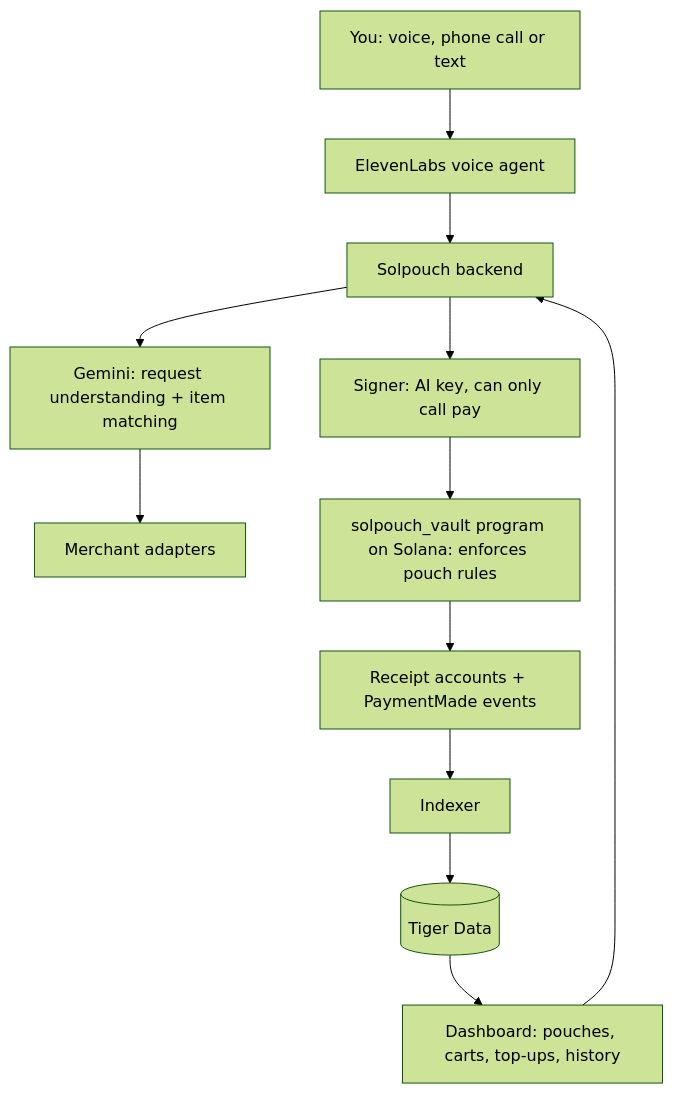
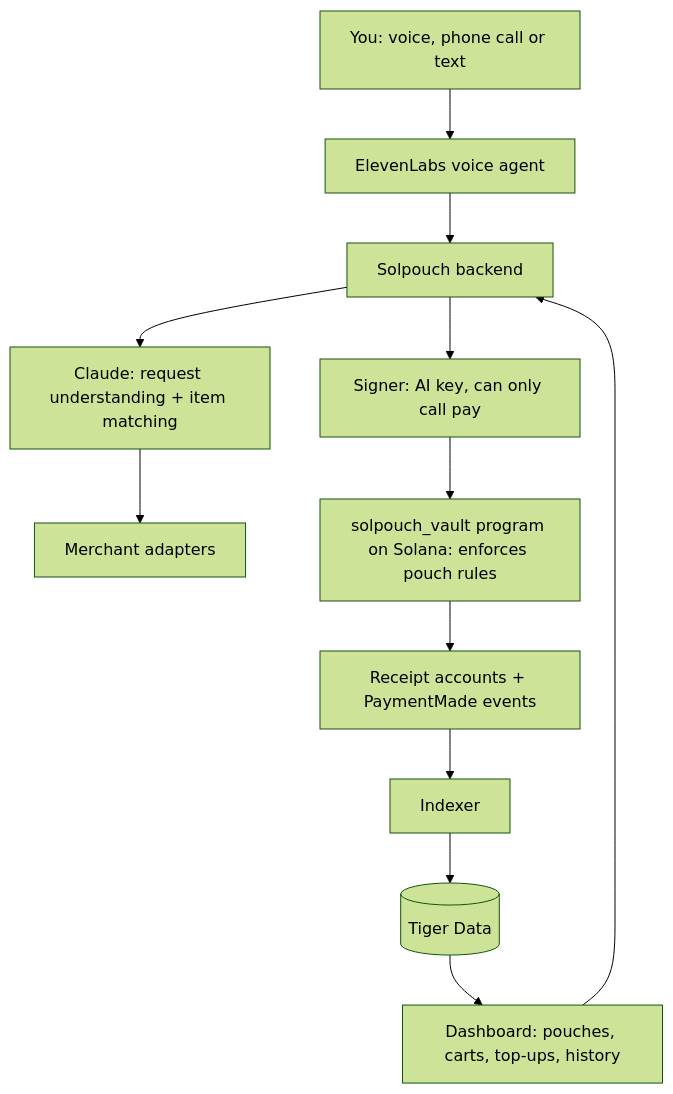
The diagram in README.md (ChrissyAFK/Solpouch), drawn with Mermaid (forest theme) before and after one commit. The commit also changed other lines of this file and 22 other files, not shown here.

````diff
--- a/README.md
+++ b/README.md
@@ -75,14 +74,14 @@
 ```mermaid
 flowchart TD
     U[You: voice, phone call or text] --> V[ElevenLabs voice agent]
     V --> B[Solpouch backend]
     D[Dashboard: pouches, carts, top-ups, history] --> B
-    B --> G[Gemini: request understanding + item matching]
+    B --> G[Claude: request understanding + item matching]
     G --> M[Merchant adapters]
     B --> S[Signer: AI key, can only call pay]
     S --> VP[solpouch_vault program on Solana: enforces pouch rules]
     VP --> R[Receipt accounts + PaymentMade events]
     R --> I[Indexer]
     I --> T[(Tiger Data)]
     T --> D
 ```
````
